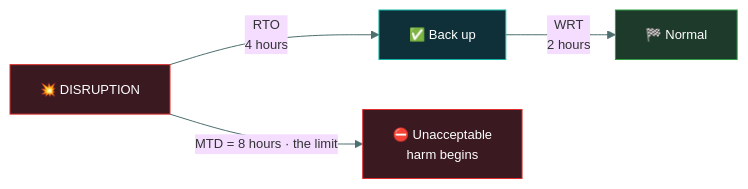
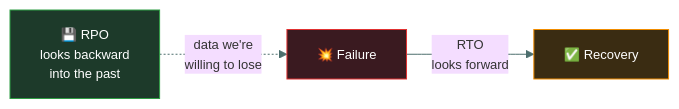
Before and after one commit to tarunTejaDesireddy/cc-exam-prep: the second of 4 diagrams in 02-security-governance/rto-rpo-mtd/README.md, drawn with Mermaid. The commit also changed other lines of this file and 1 other file, not shown here.

First line of the commit message:
Rewrite RTO vs RPO vs MTD with real timeline diagrams

````diff
--- a/02-security-governance/rto-rpo-mtd/README.md
+++ b/02-security-governance/rto-rpo-mtd/README.md
@@ -97,12 +46,10 @@
 ```mermaid
-%%{init: {'theme':'base','themeVariables':{'fontSize':'13px','lineColor':'#4d6f6e','textColor':'#dbe7e6'}}}%%
+%%{init: {'theme':'base','themeVariables':{'fontFamily':'Segoe UI, Helvetica Neue, Arial, sans-serif','fontSize':'13px','lineColor':'#4d6f6e','textColor':'#dbe7e6'}}}%%
 flowchart LR
-    D["💥 DISRUPTION"] -->|"RTO<br/>4 hours"| R["✅ Back up"]
-    R -->|"WRT<br/>2 hours"| N["🏁 Normal"]
-    D -->|"MTD = 8 hours · the limit"| M["⛔ Unacceptable<br/>harm begins"]
+    RPO["💾 RPO<br/>looks backward<br/>into the past"] -.->|"data we're<br/>willing to lose"| F["💥 Failure"]
+    F -->|"RTO<br/>looks forward"| REC["✅ Recovery"]
 
-    style D fill:#3a1a20,stroke:#E03131,color:#fff
-    style R fill:#0f3038,stroke:#12B5A5,color:#fff
-    style N fill:#1d3a2a,stroke:#2F9E44,color:#fff
-    style M fill:#3a1a20,stroke:#E03131,color:#fff
+    style RPO fill:#1d3a2a,stroke:#2F9E44,color:#fff
+    style F fill:#3a1a20,stroke:#E03131,color:#fff
+    style REC fill:#3a2c12,stroke:#F08C00,color:#fff
 ```
````
